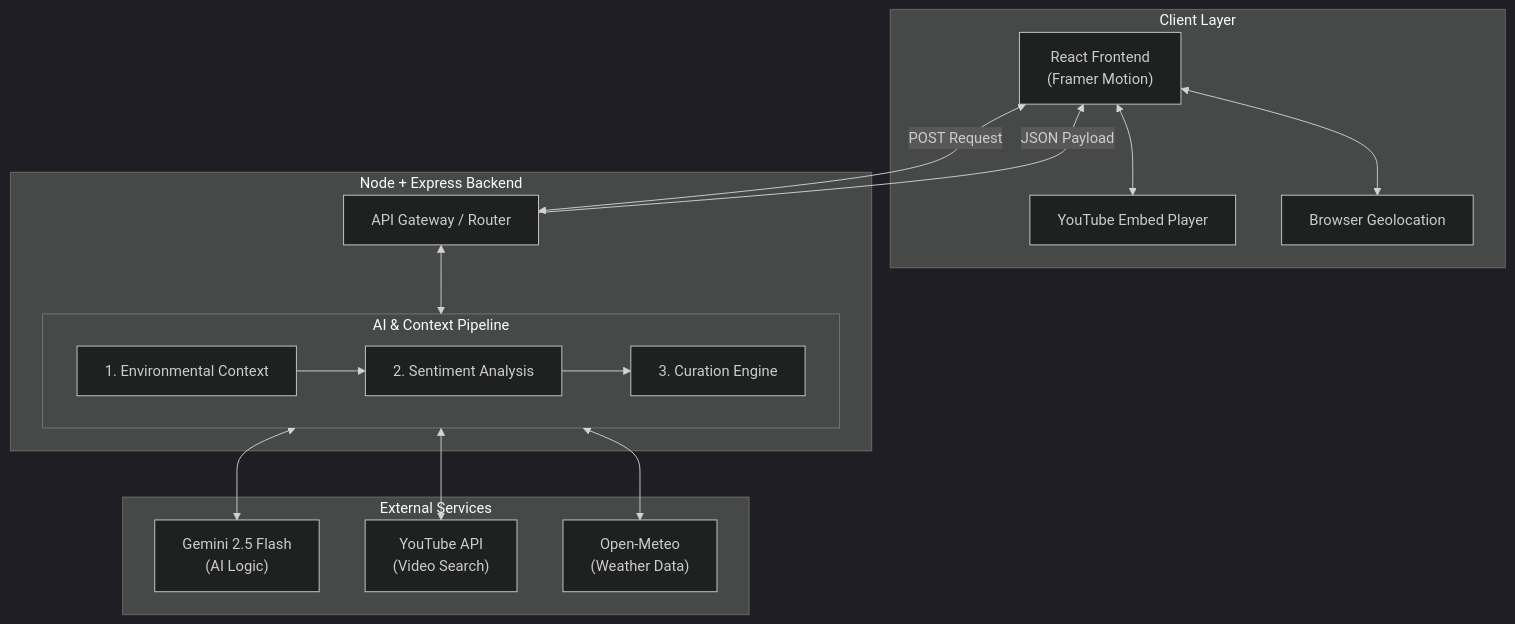
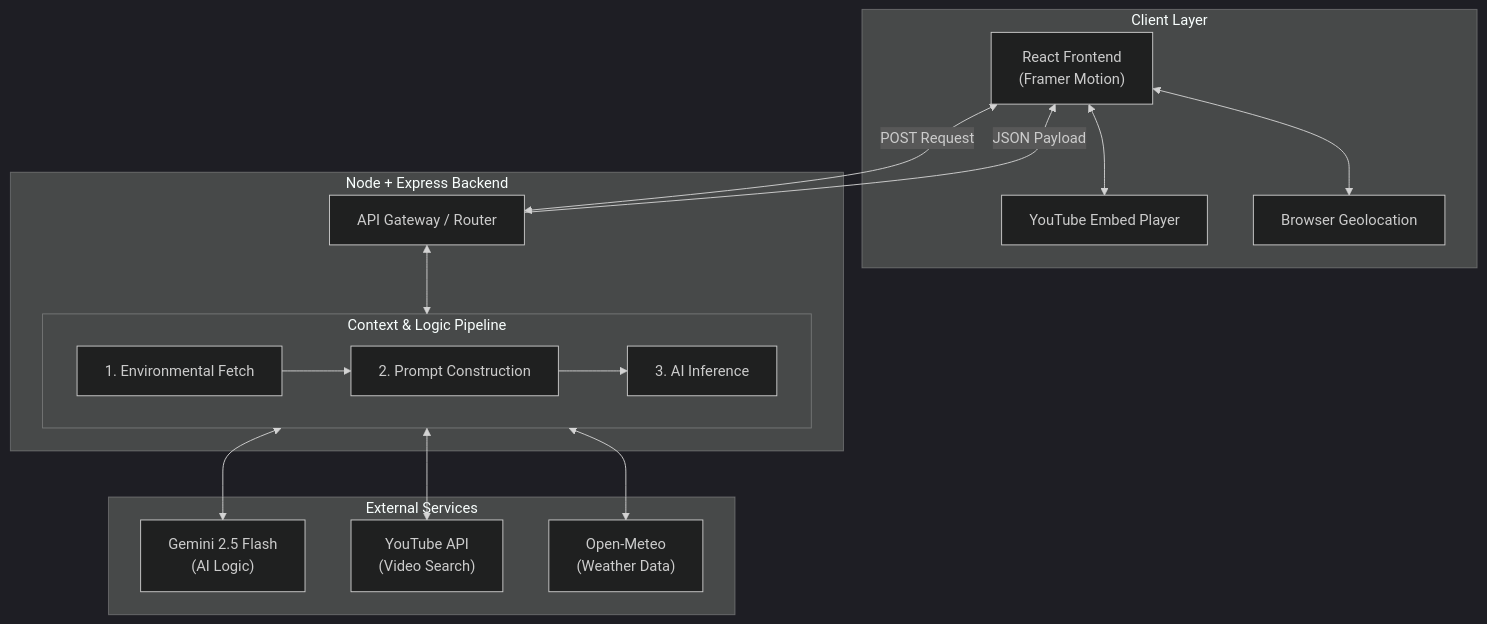
Before and after one commit to JaleedAhmad/music-recommender: the diagram in README.md, drawn with Mermaid (dark theme). The commit also changed other lines of this file, not shown here.

````diff
--- a/README.md
+++ b/README.md
@@ -65,41 +65,41 @@
 ```mermaid
 graph TD
     %% Client Layer
     subgraph Client [Client Layer]
         A["React Frontend \n (Framer Motion)"]
         M["YouTube Embed Player"]
         Geo["Browser Geolocation"]
         A <--> M
         A <--> Geo
     end
 
     %% Cloud/API Layer
     subgraph Backend [Node + Express Backend]
         B["API Gateway / Router"]
         
-        subgraph Agents [AI & Context Pipeline]
-            C1["1. Environmental Context"]
-            C2["2. Sentiment Analysis"]
-            C3["3. Curation Engine"]
+        subgraph Pipeline [Context & Logic Pipeline]
+            C1["1. Environmental Fetch"]
+            C2["2. Prompt Construction"]
+            C3["3. AI Inference"]
             C1 --> C2 --> C3
         end
         
-        B <--> Agents
+        B <--> Pipeline
     end
 
     %% Inference Layer
     subgraph Inference [External Services]
         D["Gemini 2.5 Flash \n (AI Logic)"]
         E["YouTube API \n (Video Search)"]
         F["Open-Meteo \n (Weather Data)"]
     end
 
     %% Connections
     A <-->|POST Request| B
     
-    Agents <--> D
-    Agents <--> E
-    Agents <--> F
+    Pipeline <--> D
+    Pipeline <--> E
+    Pipeline <--> F
     
     B -->|JSON Payload| A
 ```
````
